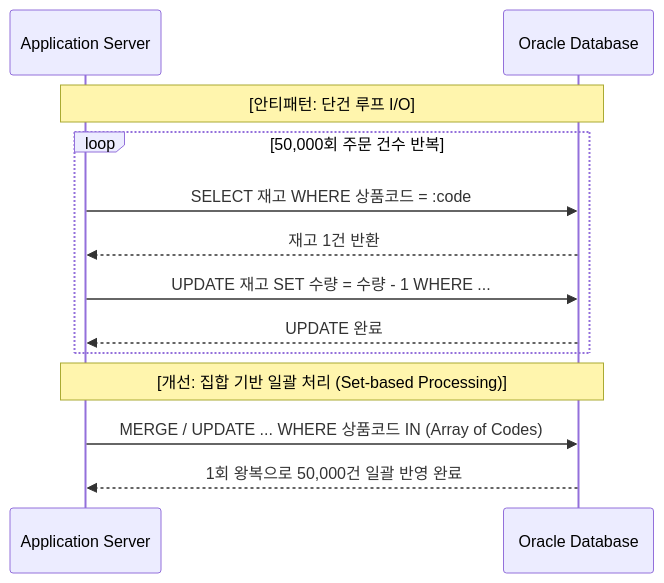
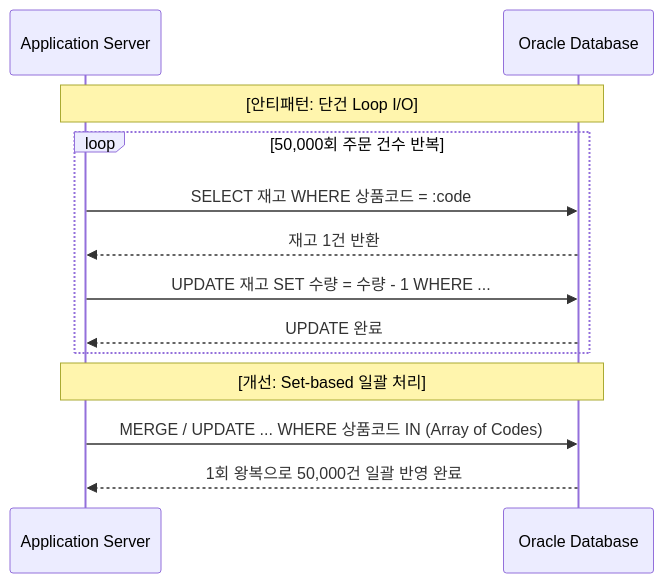
The first of 3 diagrams in docs/case/2026-1Q/oy-sale-insight-inefficient-patterns.md (djpibo/djpibo.github.io), drawn with Mermaid before and after one commit. The commit also changed other lines of this file and 14 other files, not shown here.

````diff
--- a/docs/case/2026-1Q/oy-sale-insight-inefficient-patterns.md
+++ b/docs/case/2026-1Q/oy-sale-insight-inefficient-patterns.md
@@ -22,17 +24,17 @@
 ```mermaid
 sequenceDiagram
     participant App as Application Server
     participant DB as Oracle Database
 
-    Note over App,DB: [안티패턴: 단건 루프 I/O]
+    Note over App,DB: [안티패턴: 단건 Loop I/O]
     loop 50,000회 주문 건수 반복
         App->>DB: SELECT 재고 WHERE 상품코드 = :code
         DB-->>App: 재고 1건 반환
         App->>DB: UPDATE 재고 SET 수량 = 수량 - 1 WHERE ...
         DB-->>App: UPDATE 완료
     end
 
-    Note over App,DB: [개선: 집합 기반 일괄 처리 (Set-based Processing)]
+    Note over App,DB: [개선: Set-based 일괄 처리]
     App->>DB: MERGE / UPDATE ... WHERE 상품코드 IN (Array of Codes)
     DB-->>App: 1회 왕복으로 50,000건 일괄 반영 완료
 ```
````
